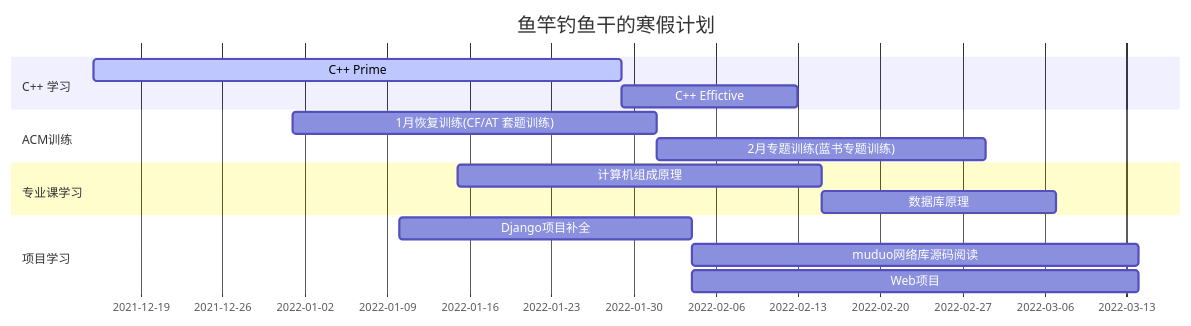
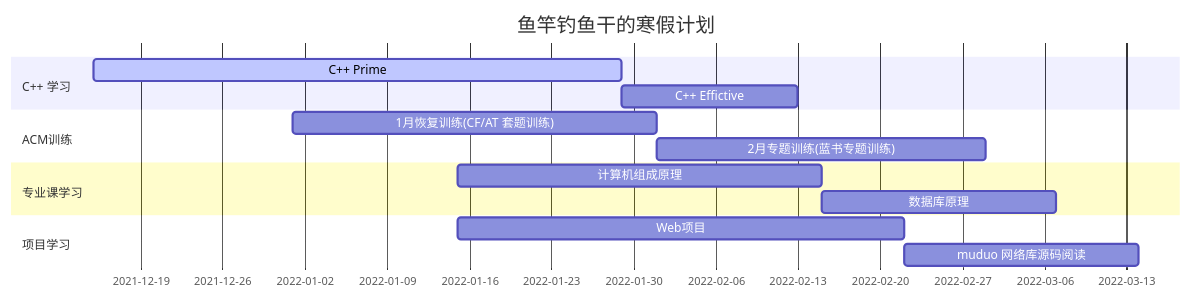
One commit to PokIsemaine/ohmyfish changed the diagram in docs/README.md. Above: the diagram before and after it, drawn with Mermaid. The commit also changed 3 other files, not shown here.

````diff
--- a/docs/README.md
+++ b/docs/README.md
@@ -81,22 +81,21 @@
 ```mermaid
 gantt
 dateFormat  YYYY-MM-DD
 title 鱼竿钓鱼干的寒假计划
 
 section C++ 学习 
 C++ Prime         :active,    p1, 2021-12-15, 45d
 C++ Effictive     :           p2, after p1, 15d
 
 section ACM训练
-1月恢复训练(CF/AT 套题训练)            :        p3, 2022-1-1, 31d
+1月恢复训练(CF/AT 套题训练)            :active        p3, 2022-1-1, 31d
 2月专题训练(蓝书专题训练)            :           p4, after p3, 28d
 
 section 专业课学习
-计算机组成原理       :       p6, 2022-1-15, 31d
+计算机组成原理       :active       p6, 2022-1-15, 31d
 数据库原理               :       p7, after p6, 20d
 
 section 项目学习
-Django项目补全				:p8,2022-1-10,25d
-muduo网络库源码阅读 		:p9,after p8,38d
-Web项目					:p10,after p8,38d
+Web项目 		:p8,2022-1-15,38d
+muduo 网络库源码阅读					:p9,after p8,20d
 ```
````
